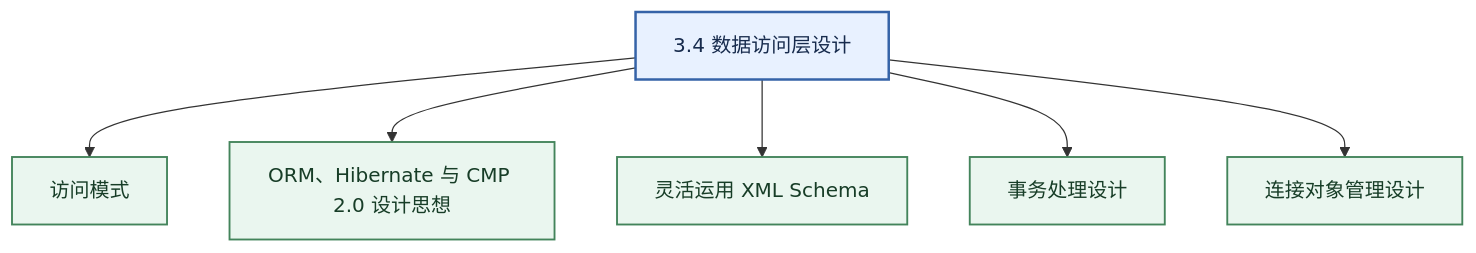
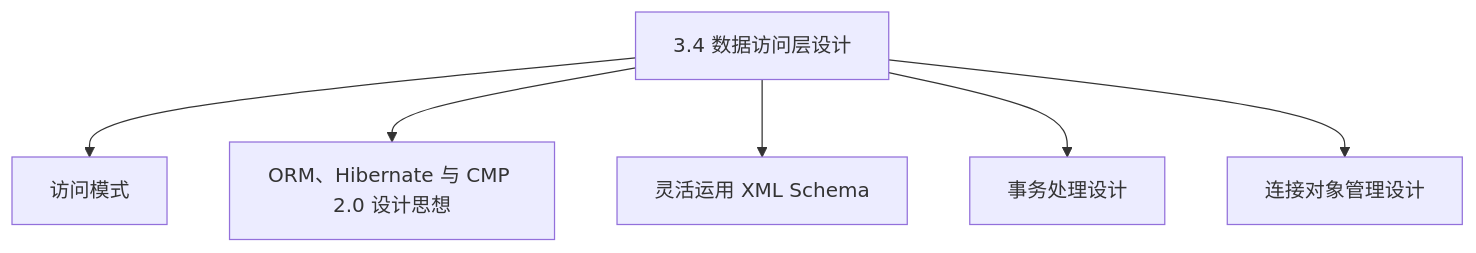
Before and after one commit to mingf423/ruankao: diagram 11 of 43 in docs/system-architecture-designer/01_官方大纲与考试政策/02_案例分析大纲脑图.md, drawn with Mermaid. The commit also changed other lines of this file, not shown here.

Commit message:
Make case-analysis Mermaid diagrams renderer-compatible

````diff
--- a/docs/system-architecture-designer/01_官方大纲与考试政策/02_案例分析大纲脑图.md
+++ b/docs/system-architecture-designer/01_官方大纲与考试政策/02_案例分析大纲脑图.md
@@ -262,23 +186,14 @@
 ```mermaid
 flowchart TD
   R["3.4 数据访问层设计"]
-  classDef root fill:#e8f1ff,stroke:#3563a8,color:#172b4d,stroke-width:2px;
-  classDef group fill:#eaf6ef,stroke:#43845b,color:#173d27,stroke-width:1.5px;
-  classDef item fill:#fff5df,stroke:#b7832f,color:#49330d,stroke-width:1px;
-  class R root;
   N1["访问模式"]
   R --> N1
-  class N1 group;
   N2["ORM、Hibernate 与 CMP 2.0 设计思想"]
   R --> N2
-  class N2 group;
   N3["灵活运用 XML Schema"]
   R --> N3
-  class N3 group;
   N4["事务处理设计"]
   R --> N4
-  class N4 group;
   N5["连接对象管理设计"]
   R --> N5
-  class N5 group;
 ```
````
